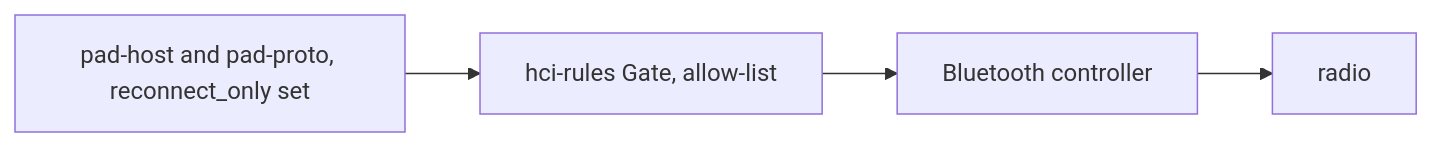
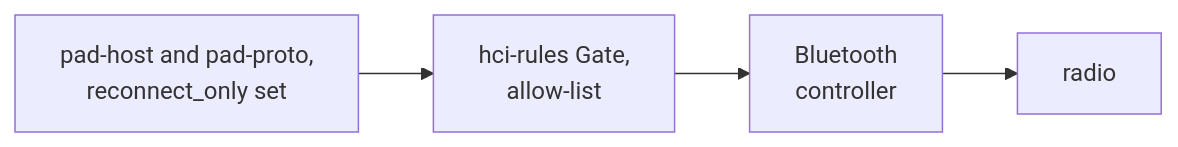
The third of 3 diagrams in docs/hardware.md (hudson-bruno/pocketme), drawn with Mermaid before and after one commit. The commit also changed other lines of this file and 2 other files, not shown here.

First line of the commit message:
docs: lay the wide diagrams out in rows

````diff
--- a/docs/hardware.md
+++ b/docs/hardware.md
@@ -305,6 +311,6 @@
 ```mermaid
 flowchart LR
-    H["pad-host and pad-proto, reconnect_only set"] --> G["hci-rules Gate, allow-list"]
-    G --> C["Bluetooth controller"]
+    H["pad-host and pad-proto,<br>reconnect_only set"] --> G["hci-rules Gate,<br>allow-list"]
+    G --> C["Bluetooth<br>controller"]
     C --> R["radio"]
 ```
````
